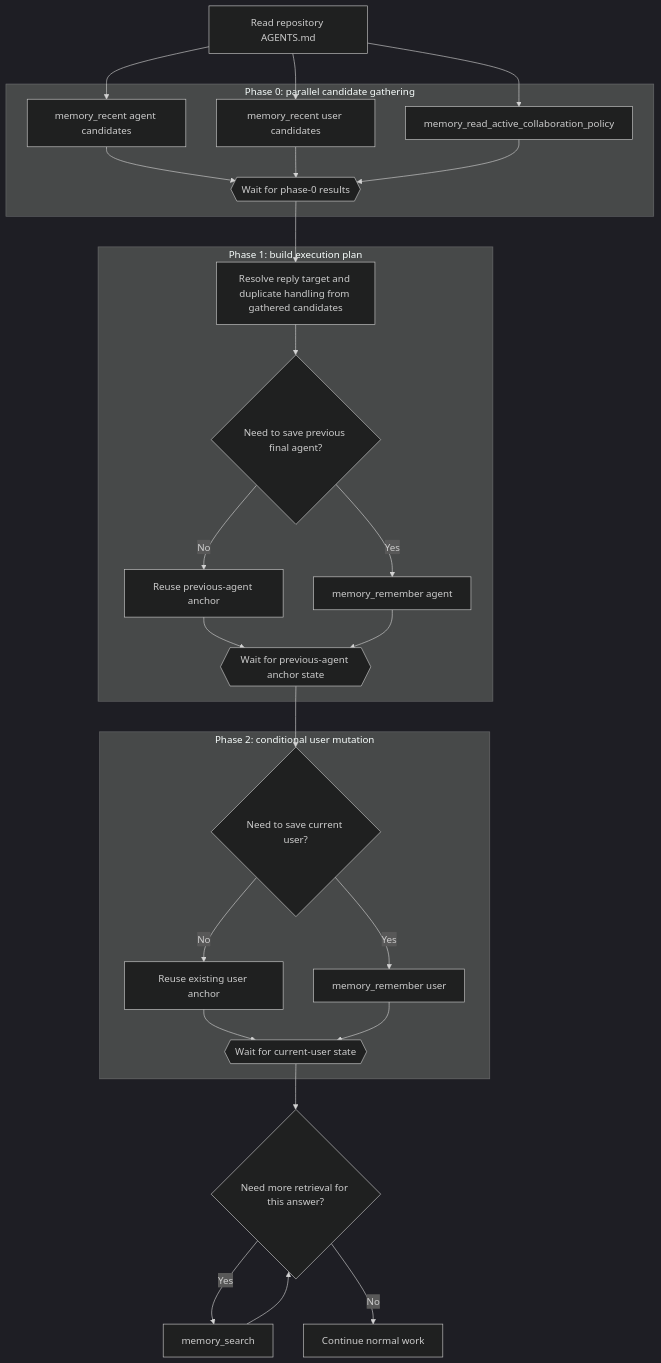
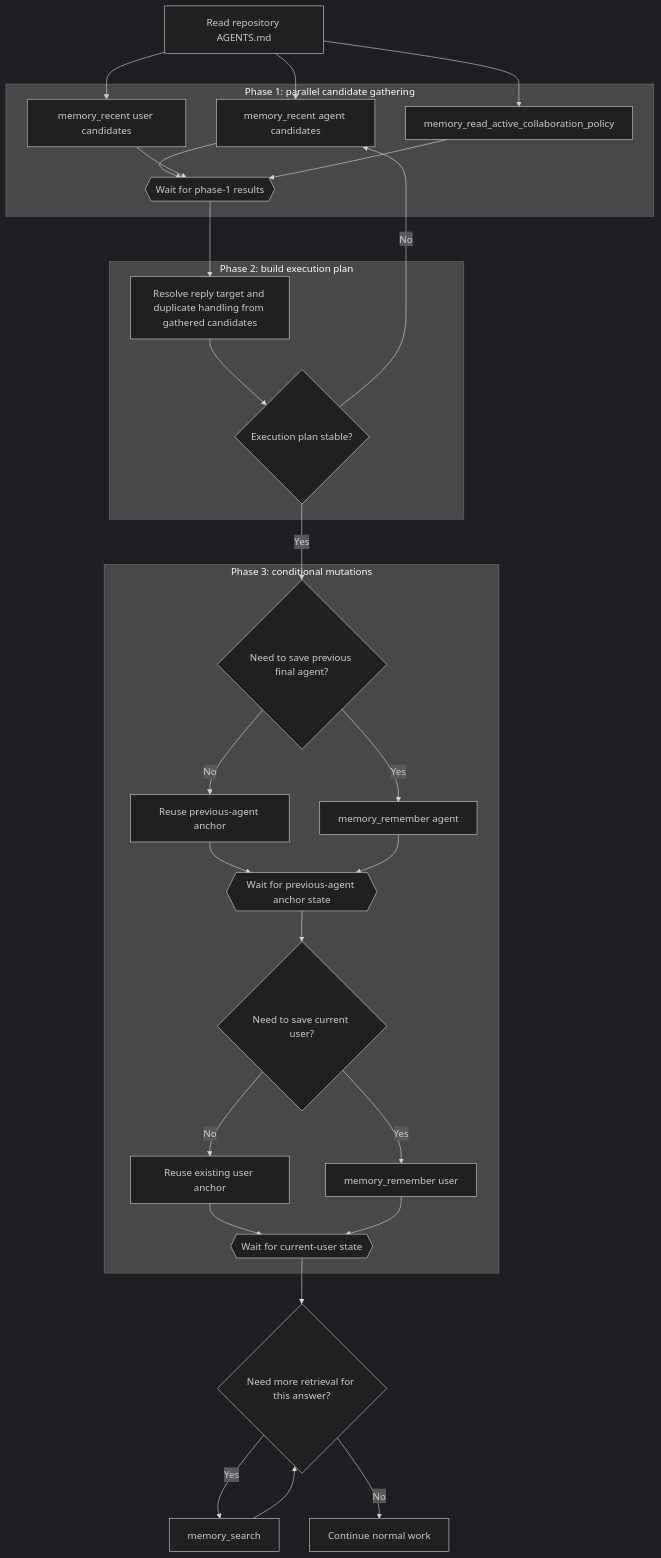
Before and after one commit to KazinaG/breathing_memory: the second of 2 diagrams in docs/mcp-turn-flows.md, drawn with Mermaid (dark theme). The commit also changed other lines of this file, not shown here.

Commit message:
docs: clarify phase loops in turn-flow diagrams

````diff
--- a/docs/mcp-turn-flows.md
+++ b/docs/mcp-turn-flows.md
@@ -75,48 +80,51 @@
 ```mermaid
 flowchart TD
     A[Read repository AGENTS.md]
 
-    subgraph P0[Phase 0: parallel candidate gathering]
+    subgraph P1[Phase 1: parallel candidate gathering]
         B[memory_recent agent candidates]
         C[memory_recent user candidates]
         D[memory_read_active_collaboration_policy]
-        W0{{Wait for phase-0 results}}
-        B --> W0
-        C --> W0
-        D --> W0
+        W1{{Wait for phase-1 results}}
+        B --> W1
+        C --> W1
+        D --> W1
     end
 
-    subgraph P1[Phase 1: build execution plan]
+    subgraph P2[Phase 2: build execution plan]
         E[Resolve reply target and duplicate handling from gathered candidates]
-        F{Need to save previous final agent?}
-        G[Reuse previous-agent anchor]
-        H[memory_remember agent]
-        W1{{Wait for previous-agent anchor state}}
+        F{Execution plan stable?}
         E --> F
-        F -- No --> G
-        F -- Yes --> H
-        G --> W1
-        H --> W1
     end
 
-    subgraph P2[Phase 2: conditional user mutation]
-        I{Need to save current user?}
-        J[Reuse existing user anchor]
-        K[memory_remember user]
-        W2{{Wait for current-user state}}
-        I -- No --> J
-        I -- Yes --> K
-        J --> W2
-        K --> W2
+    subgraph P3[Phase 3: conditional mutations]
+        G{Need to save previous final agent?}
+        H[Reuse previous-agent anchor]
+        I[memory_remember agent]
+        W2{{Wait for previous-agent anchor state}}
+        J{Need to save current user?}
+        K[Reuse existing user anchor]
+        L[memory_remember user]
+        W3{{Wait for current-user state}}
+        G -- No --> H
+        G -- Yes --> I
+        H --> W2
+        I --> W2
+        J -- No --> K
+        J -- Yes --> L
+        K --> W3
+        L --> W3
     end
 
     A --> B
     A --> C
     A --> D
-    W0 --> E
-    W1 --> I
-    W2 --> L{Need more retrieval for this answer?}
-    L -- Yes --> M[memory_search]
-    L -- No --> N[Continue normal work]
-    M --> L
+    W1 --> E
+    F -- No --> B
+    F -- Yes --> G
+    W2 --> J
+    W3 --> M{Need more retrieval for this answer?}
+    M -- Yes --> N[memory_search]
+    M -- No --> O[Continue normal work]
+    N --> M
 ```
````
